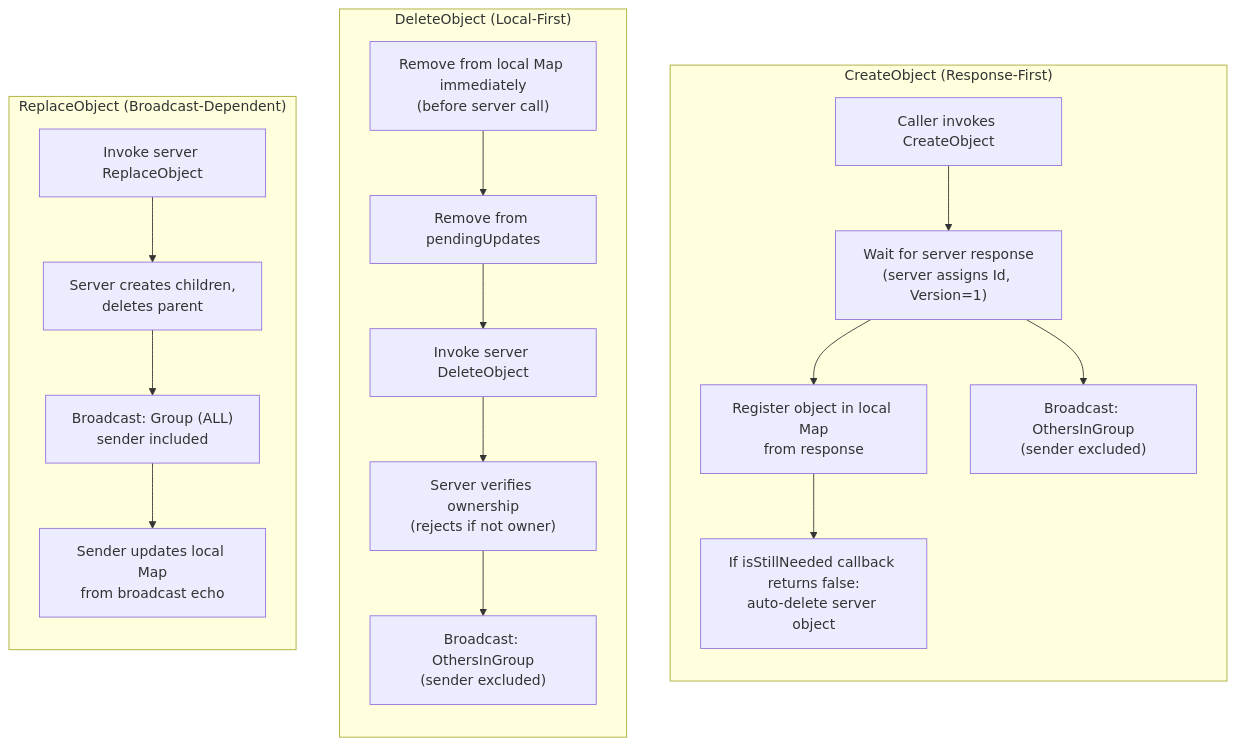
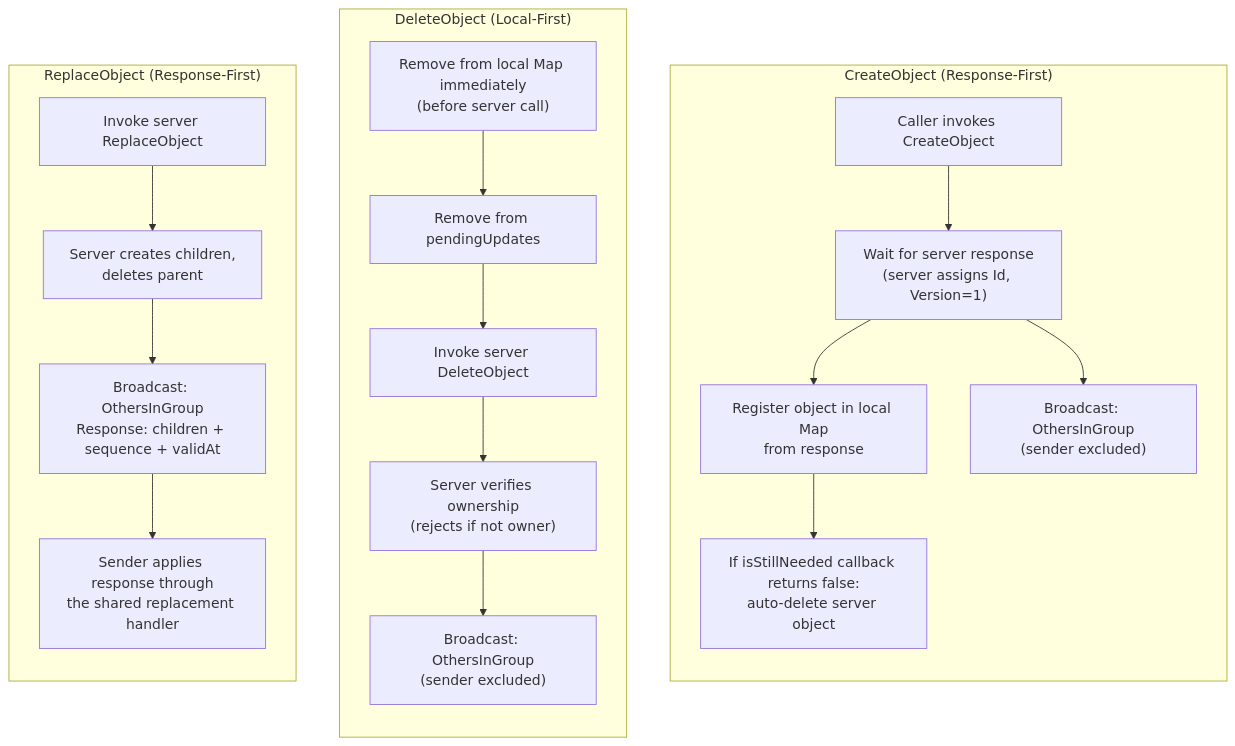
One commit to badvoidstar/astervoids changed diagram 28 of 36 in ARCHITECTURE.md. Above: the diagram before and after it, drawn with Mermaid. The commit also changed other lines of this file and 29 other files, not shown here.

````diff
--- a/ARCHITECTURE.md
+++ b/ARCHITECTURE.md
@@ -1252,33 +1304,33 @@
 ```mermaid
 flowchart TB
     subgraph "CreateObject (Response-First)"
         direction TB
         C1["Caller invokes CreateObject"]
         C2["Wait for server response<br/>(server assigns Id, Version=1)"]
         C3["Register object in local Map<br/>from response"]
         C4["Broadcast: OthersInGroup<br/>(sender excluded)"]
         C5["If isStillNeeded callback returns false:<br/>auto-delete server object"]
         C1 --> C2 --> C3
         C2 --> C4
         C3 --> C5
     end
 
     subgraph "DeleteObject (Local-First)"
         direction TB
         D1["Remove from local Map immediately<br/>(before server call)"]
         D2["Remove from pendingUpdates"]
         D3["Invoke server DeleteObject"]
         D4["Server verifies ownership<br/>(rejects if not owner)"]
         D5["Broadcast: OthersInGroup<br/>(sender excluded)"]
         D1 --> D2 --> D3 --> D4 --> D5
     end
 
-    subgraph "ReplaceObject (Broadcast-Dependent)"
+    subgraph "ReplaceObject (Response-First)"
         direction TB
         R1["Invoke server ReplaceObject"]
         R2["Server creates children,<br/>deletes parent"]
-        R3["Broadcast: Group (ALL)<br/>sender included"]
-        R4["Sender updates local Map<br/>from broadcast echo"]
+        R3["Broadcast: OthersInGroup<br/>Response: children + sequence + validAt"]
+        R4["Sender applies response through<br/>the shared replacement handler"]
         R1 --> R2 --> R3 --> R4
     end
 ```
````
